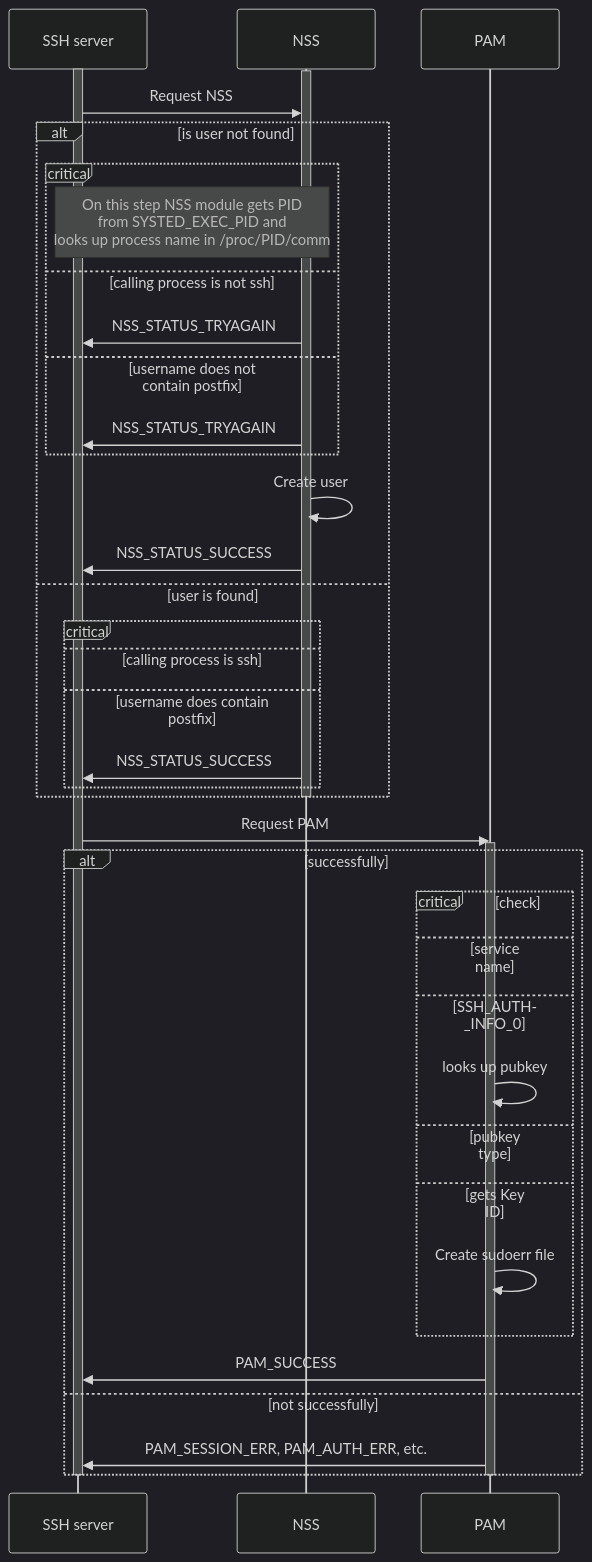
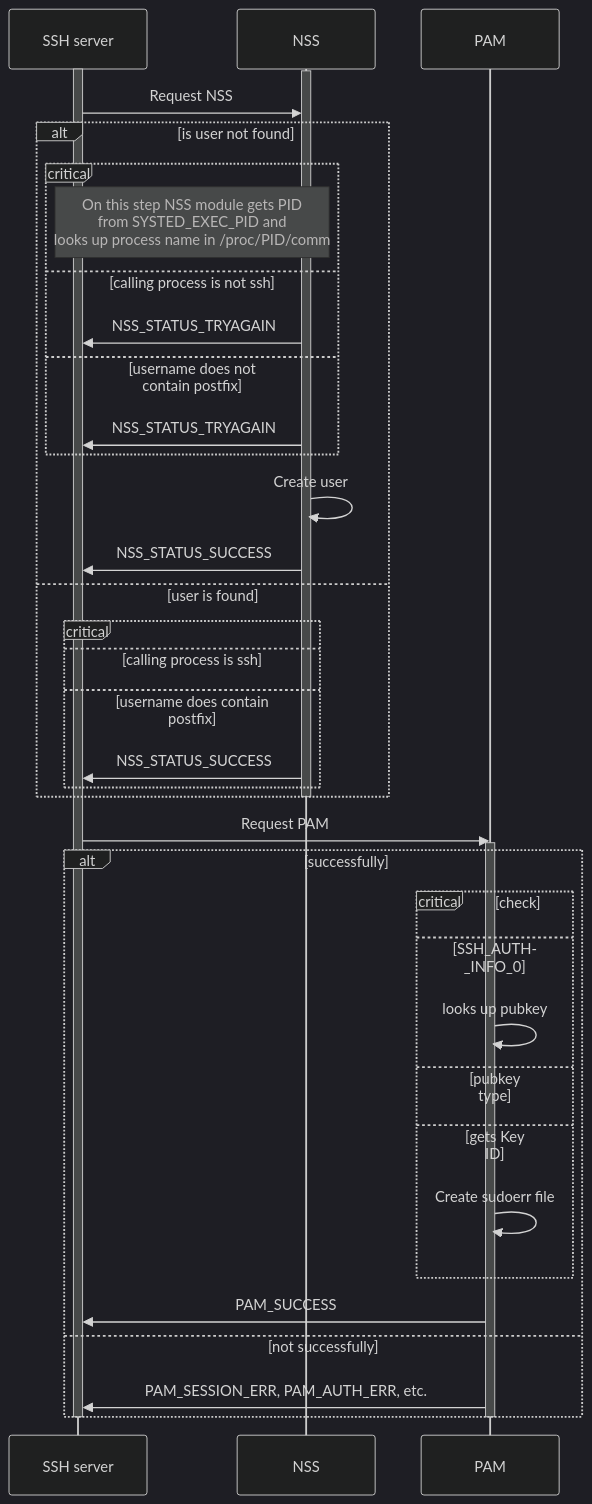
One commit to efrikin/rfds changed the diagram in 0001/diagrams/06-ssh-nss-pam-custom.mmd. Above: the diagram before and after it, drawn with Mermaid (dark theme). The commit also changed 1 other file, not shown here.

Commit message:
Remove checking PAMservice name from diagram (#4)
* Remove checking PAMservice name from diagram

```diff
--- a/0001/diagrams/06-ssh-nss-pam-custom.mmd
+++ b/0001/diagrams/06-ssh-nss-pam-custom.mmd
@@ -1,42 +1,41 @@
 sequenceDiagram
     participant s as SSH server
     participant n as NSS
     participant p as PAM
     activate s
     activate n
     s ->> n: Request NSS
     alt is user not found
         critical
             Note over s, n: On this step NSS module gets PID <br/>from SYSTED_EXEC_PID and <br/>looks up process name in /proc/PID/comm
             option calling process is not ssh
                 n ->> s: NSS_STATUS_TRYAGAIN
             option username does not contain postfix
                 n ->> s: NSS_STATUS_TRYAGAIN
         end
         n ->> n: Create user
         n ->> s: NSS_STATUS_SUCCESS
     else user is found
         critical
             option calling process is ssh
             option username does contain postfix
                 n ->> s: NSS_STATUS_SUCCESS
         end
     end
     deactivate n
     s->>p: Request PAM
     activate p
     alt successfully
         critical check
-        option service name
         option SSH_AUTH_INFO_0
             p ->> p: looks up pubkey
         option pubkey type
         option gets Key ID
             p->> p: Create sudoerr file
         end
         p->>s:PAM_SUCCESS
     else not successfully
         p->>s: PAM_SESSION_ERR, PAM_AUTH_ERR, etc.
     end
     deactivate p
     deactivate s
```
